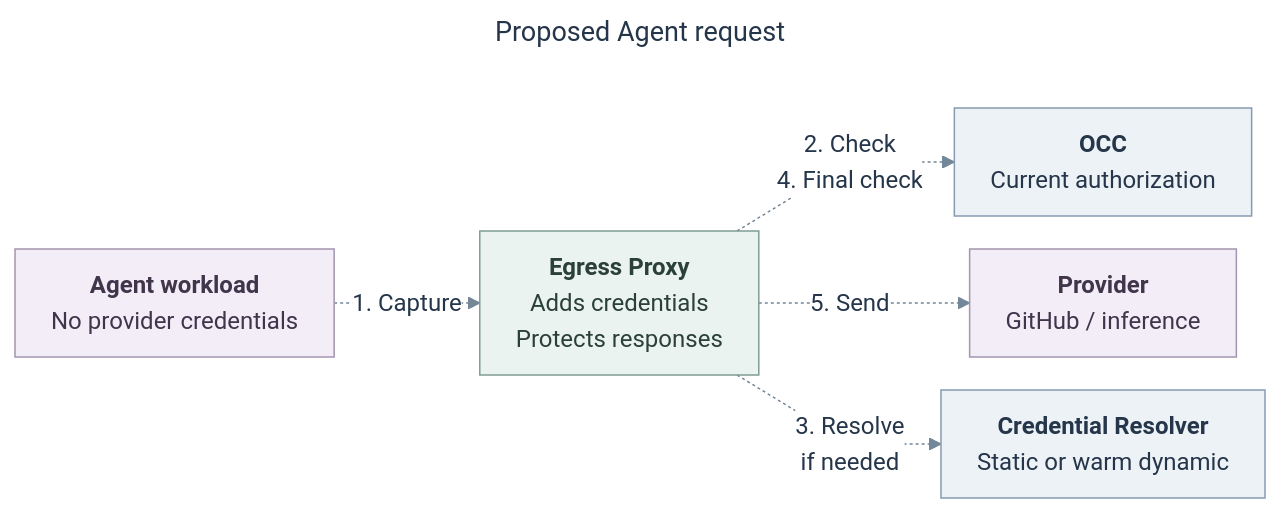
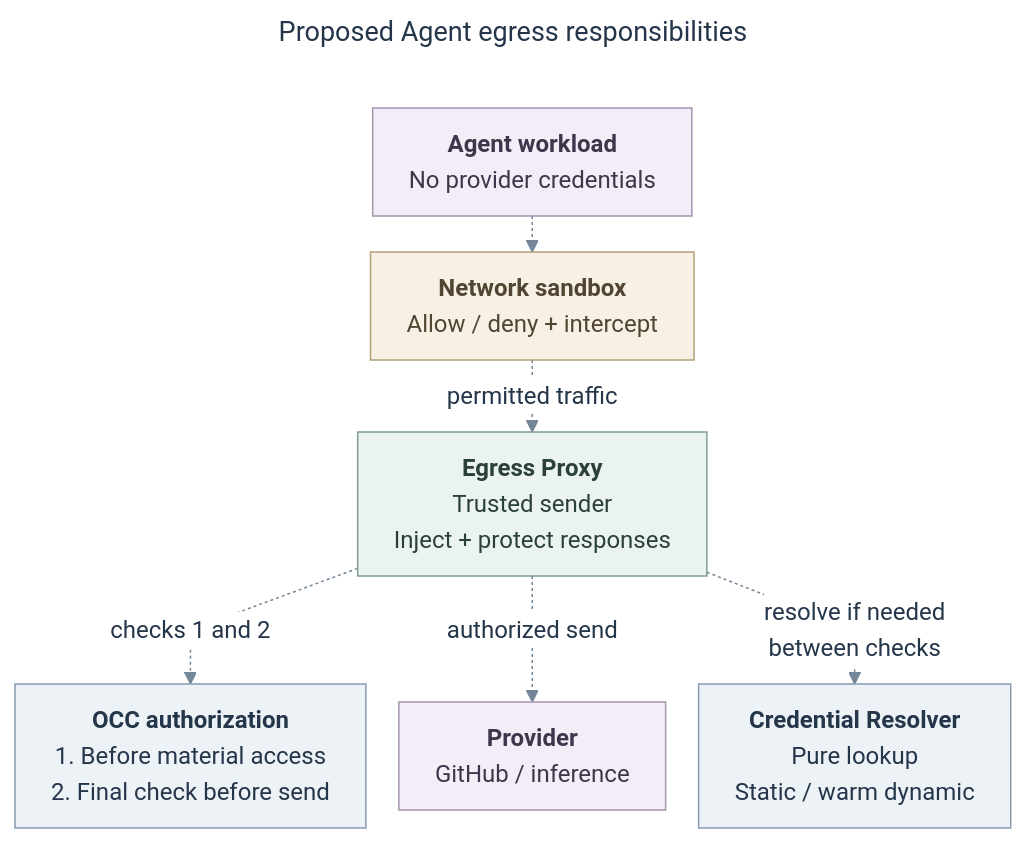
The diagram in specs/rfcs/0019-egress-proxy-credential-lifecycle/assets/overview.mmd (freeqaz-openai/openclaw-enterprise), drawn with Mermaid before and after one commit. The commit also changed 20 other files, not shown here.

```diff
--- a/specs/rfcs/0019-egress-proxy-credential-lifecycle/assets/overview.mmd
+++ b/specs/rfcs/0019-egress-proxy-credential-lifecycle/assets/overview.mmd
@@ -1,41 +1,45 @@
 ---
-title: "Proposed Agent request"
+title: "Proposed Agent egress responsibilities"
 config:
   theme: base
   htmlLabels: true
   themeVariables:
     fontFamily: "Arial, sans-serif"
     fontSize: "16px"
     primaryTextColor: "#25364A"
     lineColor: "#748798"
     edgeLabelBackground: "#FFFFFF"
     clusterBkg: "#FAFBFC"
     clusterBorder: "#D8DEE6"
   flowchart:
     useMaxWidth: false
     curve: linear
     nodeSpacing: 22
     rankSpacing: 24
     padding: 12
     diagramPadding: 12
     subGraphTitleMargin:
       top: 10
       bottom: 14
 ---
-flowchart LR
+flowchart TB
   Agent["<b>Agent workload</b><br/>No provider credentials"]
-  Proxy["<b>Egress Proxy</b><br/>Adds credentials<br/>Protects responses"]
-  OCC["<b>OCC</b><br/>Current authorization"]
+  Network["<b>Network sandbox</b><br/>Allow / deny + intercept"]
+  Proxy["<b>Egress Proxy</b><br/>Trusted sender<br/>Inject + protect responses"]
+  Network -. "permitted traffic" .-> Proxy
+  OCC["<b>OCC authorization</b><br/>1. Before material access<br/>2. Final check before send"]
   Provider["<b>Provider</b><br/>GitHub / inference"]
-  Resolver["<b>Credential Resolver</b><br/>Static or warm dynamic"]
-  Agent -. "1. Capture" .-> Proxy
-  Proxy -. "2. Check<br/>4. Final check" .-> OCC
-  Proxy -. "5. Send" .-> Provider
-  Proxy -. "3. Resolve<br/>if needed" .-> Resolver
+  Resolver["<b>Credential Resolver</b><br/>Pure lookup<br/>Static / warm dynamic"]
+  Agent -.-> Network
+  Proxy -. "checks 1 and 2" .-> OCC
+  Proxy -. "authorized send" .-> Provider
+  Proxy -. "resolve if needed<br/>between checks" .-> Resolver
   class Agent,Provider external
   class Proxy action
+  class Network gate
   class OCC,Resolver api
   classDef api fill:#EDF2F7,stroke:#879AB0,color:#25364A,stroke-width:1px
   classDef action fill:#EBF3F0,stroke:#7F9D93,color:#2B4038,stroke-width:1px
   classDef external fill:#F2EDF6,stroke:#A394AF,color:#40354B,stroke-width:1px
+  classDef gate fill:#F7F1E5,stroke:#B3A078,color:#514532,stroke-width:1px
   linkStyle default stroke:#748798,stroke-width:1px
```
